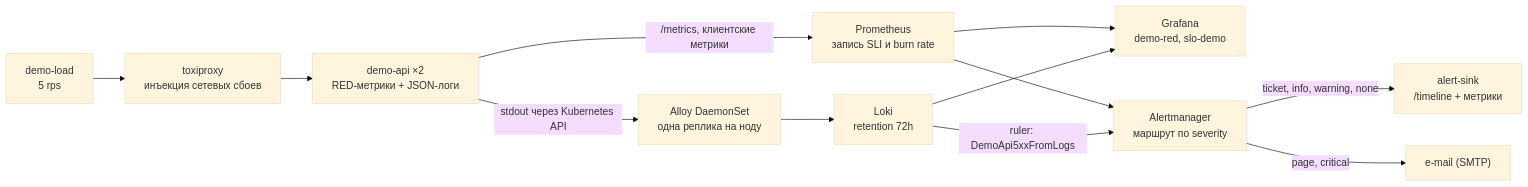
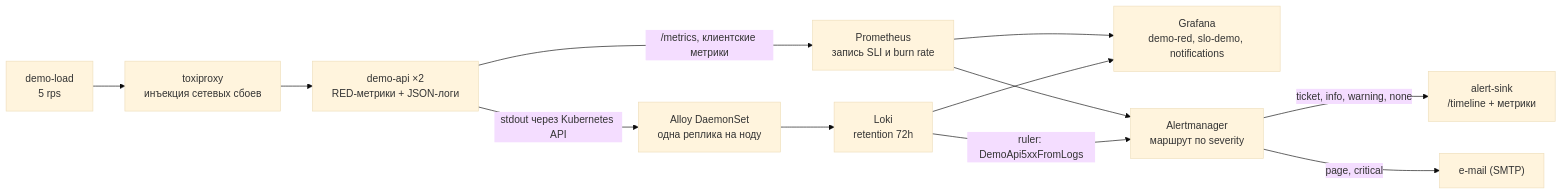
Before and after one commit to morgenvor/k8s-observability-lab: the first of 2 diagrams in README.md, drawn with Mermaid (base theme). The commit also changed other lines of this file and 6 other files, not shown here.

````diff
--- a/README.md
+++ b/README.md
@@ -23,14 +23,14 @@
 ```mermaid
 flowchart LR
   load["demo-load<br/>5 rps"] --> toxiproxy["toxiproxy<br/>инъекция сетевых сбоев"]
   toxiproxy --> api["demo-api ×2<br/>RED-метрики + JSON-логи"]
   api -->|"/metrics, клиентские метрики"| prometheus["Prometheus<br/>запись SLI и burn rate"]
   api -->|"stdout через Kubernetes API"| alloy["Alloy DaemonSet<br/>одна реплика на ноду"]
   alloy --> loki["Loki<br/>retention 72h"]
-  prometheus --> grafana["Grafana<br/>demo-red, slo-demo"]
+  prometheus --> grafana["Grafana<br/>demo-red, slo-demo, notifications"]
   loki --> grafana
   prometheus --> alertmanager["Alertmanager<br/>маршрут по severity"]
   loki -->|"ruler: DemoApi5xxFromLogs"| alertmanager
   alertmanager -->|"ticket, info, warning, none"| sink["alert-sink<br/>/timeline + метрики"]
   alertmanager -->|"page, critical"| email["e-mail (SMTP)"]
 ```
````
